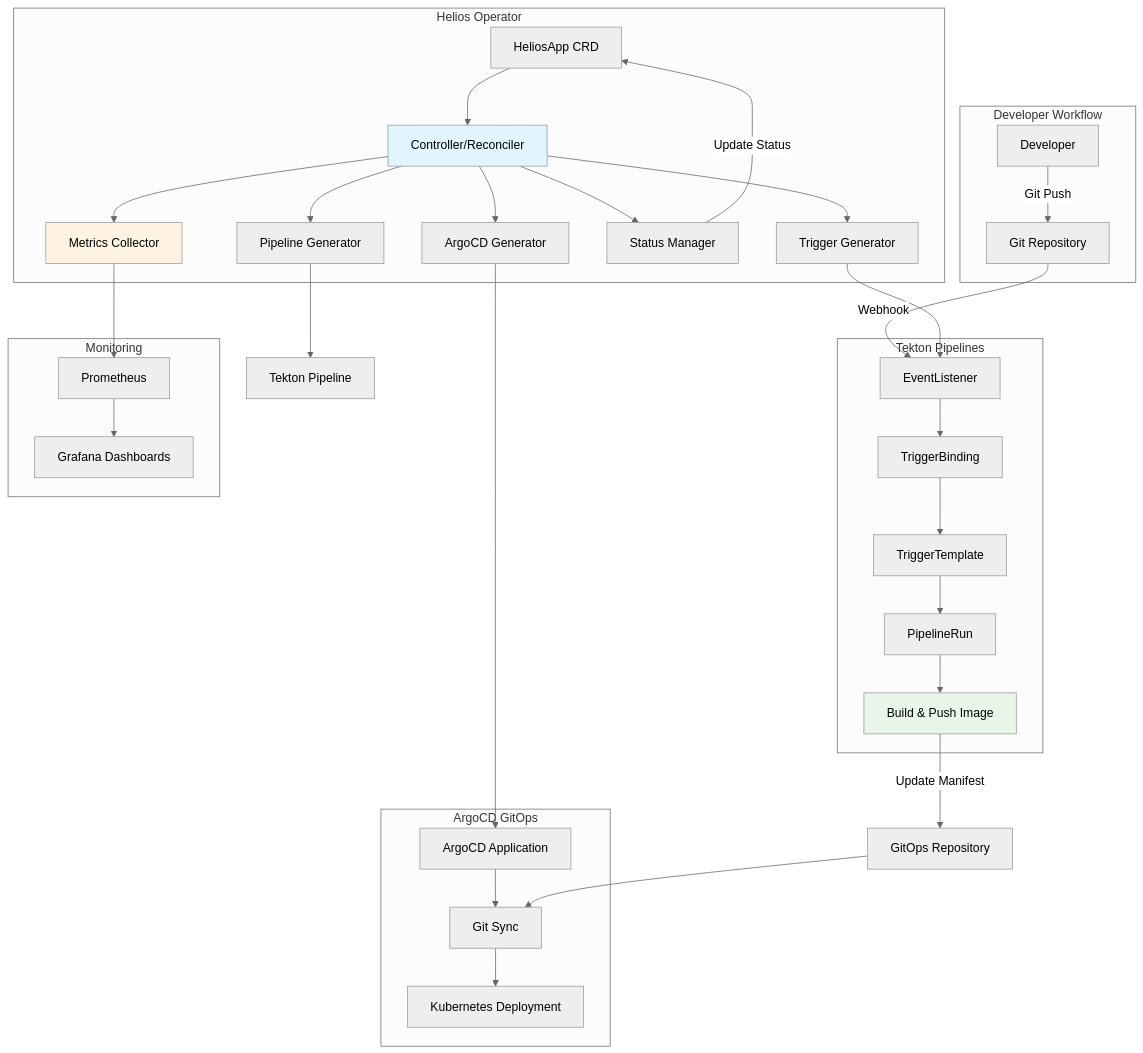
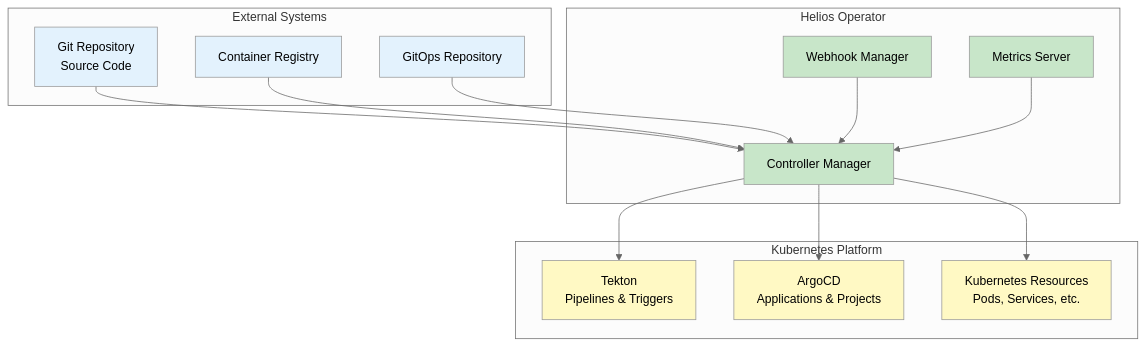
Before and after one commit to hoangphuc841/helios-operator: the first of 6 diagrams in docs/developer-guide/01-architecture.md, drawn with Mermaid (neutral theme). The commit also changed other lines of this file and 160 other files, not shown here.

````diff
--- a/docs/developer-guide/01-architecture.md
+++ b/docs/developer-guide/01-architecture.md
@@ -33,44 +20,41 @@
 ```mermaid
 graph TB
-    subgraph "Developer Workflow"
-        Dev[Developer] -->|Git Push| GitRepo[Git Repository]
+    subgraph "External Systems"
+        GitRepo[Git Repository<br/>Source Code]
+        ContainerRegistry[Container Registry]
+        GitOpsRepo[GitOps Repository]
     end
 
     subgraph "Helios Operator"
-        CRD[HeliosApp CRD] --> Controller[Controller/Reconciler]
-        Controller --> PipelineGen[Pipeline Generator]
-        Controller --> TriggerGen[Trigger Generator]
-        Controller --> ArgoCDGen[ArgoCD Generator]
-        Controller --> StatusMgr[Status Manager]
-        Controller --> Metrics[Metrics Collector]
+        ControllerManager[Controller Manager]
+        WebhookManager[Webhook Manager]
+        MetricsServer[Metrics Server]
     end
 
-    subgraph "Tekton Pipelines"
-        EventListener[EventListener] --> TriggerBinding[TriggerBinding]
-        TriggerBinding --> TriggerTemplate[TriggerTemplate]
-        TriggerTemplate --> PipelineRun[PipelineRun]
-        PipelineRun --> BuildPush[Build & Push Image]
+    subgraph "Kubernetes Platform"
+        Tekton[Tekton<br/>Pipelines & Triggers]
+        ArgoCD[ArgoCD<br/>Applications & Projects]
+        K8sResources[Kubernetes Resources<br/>Pods, Services, etc.]
     end
 
-    subgraph "ArgoCD GitOps"
-        ArgoCDApp[ArgoCD Application] --> GitSync[Git Sync]
-        GitSync --> K8sDeploy[Kubernetes Deployment]
-    end
+    GitRepo --> ControllerManager
+    ContainerRegistry --> ControllerManager
+    GitOpsRepo --> ControllerManager
 
-    subgraph "Monitoring"
-        Metrics --> Prometheus[Prometheus]
-        Prometheus --> Grafana[Grafana Dashboards]
-    end
+    ControllerManager --> Tekton
+    ControllerManager --> ArgoCD
+    ControllerManager --> K8sResources
 
-    GitRepo -->|Webhook| EventListener
-    PipelineGen --> Pipeline[Tekton Pipeline]
-    TriggerGen --> EventListener
-    ArgoCDGen --> ArgoCDApp
-    BuildPush -->|Update Manifest| GitOpsRepo[GitOps Repository]
-    GitOpsRepo --> GitSync
-    StatusMgr -->|Update Status| CRD
+    WebhookManager --> ControllerManager
+    MetricsServer --> ControllerManager
 
-    style Controller fill:#e1f5ff
-    style Metrics fill:#fff4e1
-    style BuildPush fill:#e8f5e9
+    style GitRepo fill:#e3f2fd
+    style ContainerRegistry fill:#e3f2fd
+    style GitOpsRepo fill:#e3f2fd
+    style ControllerManager fill:#c8e6c9
+    style WebhookManager fill:#c8e6c9
+    style MetricsServer fill:#c8e6c9
+    style Tekton fill:#fff9c4
+    style ArgoCD fill:#fff9c4
+    style K8sResources fill:#fff9c4
 ```
````
